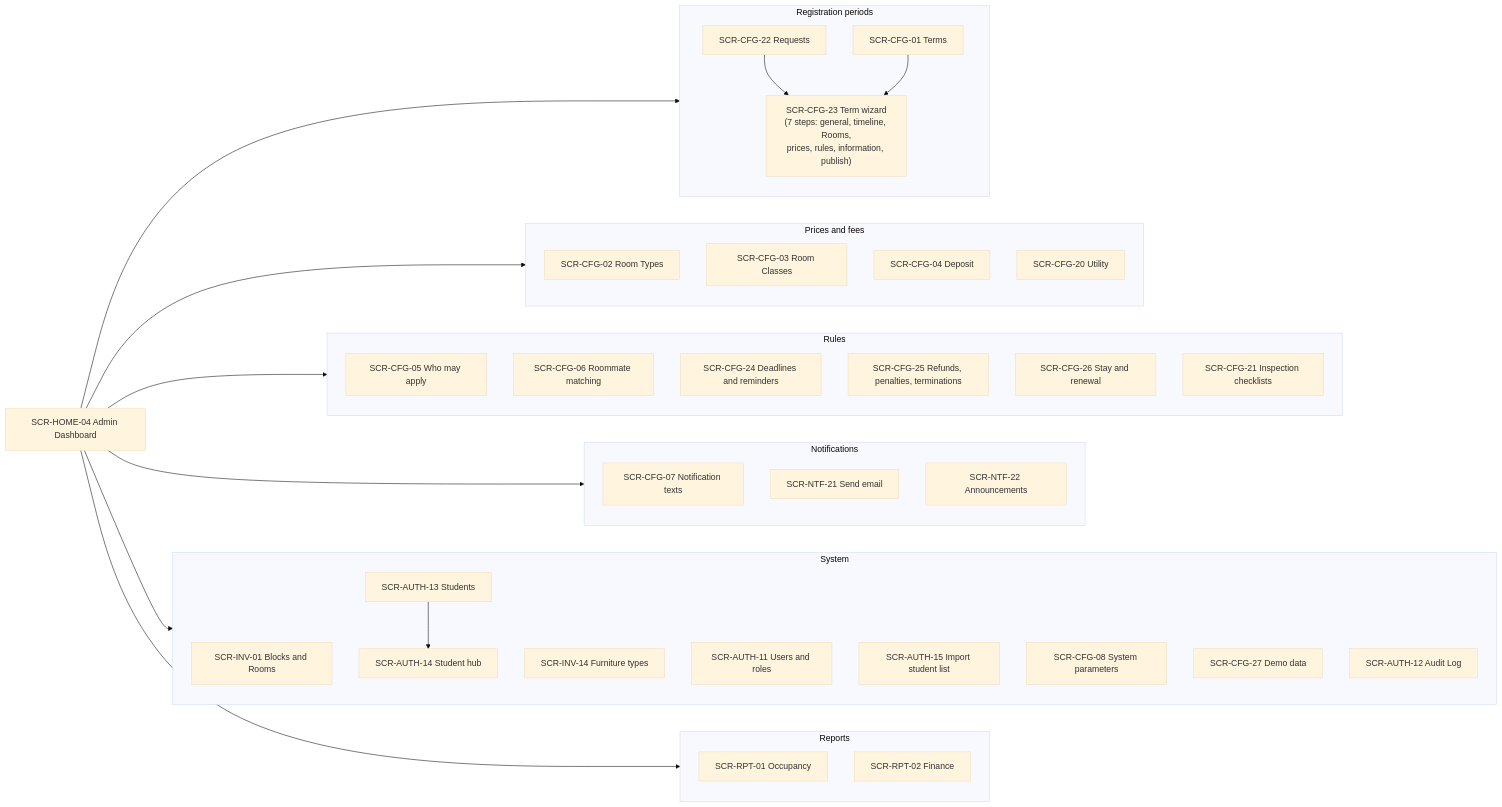
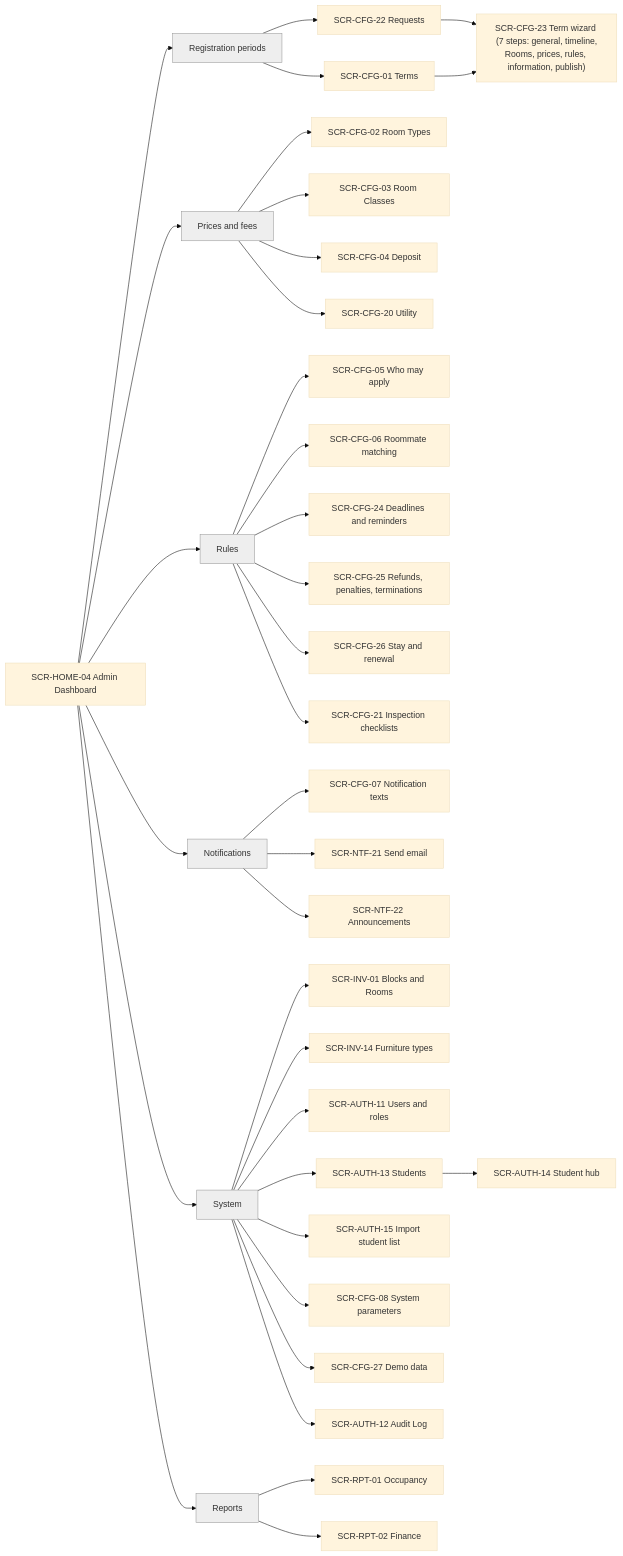
Before and after one commit to tisou47/CampusStay-FPT: the diagram in docs/diagrams/screens-admin.mmd, drawn with Mermaid (base theme). The commit also changed 149 other files, not shown here.

First line of the commit message:
docs: Review 2 documents (Reports 1–5, Design Brief, registration form 2.0, test workbooks)

```diff
--- a/docs/diagrams/screens-admin.mmd
+++ b/docs/diagrams/screens-admin.mmd
@@ -1,41 +1,35 @@
-%% Screen flow: Administrator
+%% Screen flow: Administrator. Grey boxes are menu groups.
 flowchart LR
   dash["SCR-HOME-04 Admin Dashboard"]
-  subgraph RP["Registration periods"]
-    treq["SCR-CFG-22 Requests"] --> wiz["SCR-CFG-23 Term wizard<br/>(7 steps: general, timeline, Rooms,<br/>prices, rules, information, publish)"]
-    terms["SCR-CFG-01 Terms"] --> wiz
-  end
-  subgraph PF["Prices and fees"]
-    rt["SCR-CFG-02 Room Types"]
-    rc["SCR-CFG-03 Room Classes"]
-    dep["SCR-CFG-04 Deposit"]
-    utl["SCR-CFG-20 Utility"]
-  end
-  subgraph RU["Rules"]
-    el["SCR-CFG-05 Who may apply"]
-    mt["SCR-CFG-06 Roommate matching"]
-    dl["SCR-CFG-24 Deadlines and reminders"]
-    rf["SCR-CFG-25 Refunds, penalties, terminations"]
-    st["SCR-CFG-26 Stay and renewal"]
-    cl["SCR-CFG-21 Inspection checklists"]
-  end
-  subgraph NT["Notifications"]
-    tpl["SCR-CFG-07 Notification texts"]
-    mail["SCR-NTF-21 Send email"]
-    ann["SCR-NTF-22 Announcements"]
-  end
-  subgraph SY["System"]
-    bld["SCR-INV-01 Blocks and Rooms"]
-    ft["SCR-INV-14 Furniture types"]
-    usr["SCR-AUTH-11 Users and roles"]
-    stu["SCR-AUTH-13 Students"] --> hub["SCR-AUTH-14 Student hub"]
-    imp["SCR-AUTH-15 Import student list"]
-    par["SCR-CFG-08 System parameters"]
-    demo["SCR-CFG-27 Demo data"]
-    aud["SCR-AUTH-12 Audit Log"]
-  end
-  subgraph RE["Reports"]
-    occ["SCR-RPT-01 Occupancy"]
-    fin["SCR-RPT-02 Finance"]
-  end
-  dash --> RP & PF & RU & NT & SY & RE
+  dash --> RP[Registration periods]:::grp
+  dash --> PF[Prices and fees]:::grp
+  dash --> RU[Rules]:::grp
+  dash --> NT[Notifications]:::grp
+  dash --> SY[System]:::grp
+  dash --> RE[Reports]:::grp
+  RP --> treq["SCR-CFG-22 Requests"] --> wiz["SCR-CFG-23 Term wizard (7 steps: general, timeline,<br/>Rooms, prices, rules, information, publish)"]
+  RP --> terms["SCR-CFG-01 Terms"] --> wiz
+  PF --> rt["SCR-CFG-02 Room Types"]
+  PF --> rc["SCR-CFG-03 Room Classes"]
+  PF --> dep["SCR-CFG-04 Deposit"]
+  PF --> utl["SCR-CFG-20 Utility"]
+  RU --> el["SCR-CFG-05 Who may apply"]
+  RU --> mt["SCR-CFG-06 Roommate matching"]
+  RU --> dl["SCR-CFG-24 Deadlines and reminders"]
+  RU --> rf["SCR-CFG-25 Refunds, penalties, terminations"]
+  RU --> st["SCR-CFG-26 Stay and renewal"]
+  RU --> cl["SCR-CFG-21 Inspection checklists"]
+  NT --> tpl["SCR-CFG-07 Notification texts"]
+  NT --> mail["SCR-NTF-21 Send email"]
+  NT --> ann["SCR-NTF-22 Announcements"]
+  SY --> bld["SCR-INV-01 Blocks and Rooms"]
+  SY --> ft["SCR-INV-14 Furniture types"]
+  SY --> usr["SCR-AUTH-11 Users and roles"]
+  SY --> stu["SCR-AUTH-13 Students"] --> hub["SCR-AUTH-14 Student hub"]
+  SY --> imp["SCR-AUTH-15 Import student list"]
+  SY --> par["SCR-CFG-08 System parameters"]
+  SY --> demo["SCR-CFG-27 Demo data"]
+  SY --> aud["SCR-AUTH-12 Audit Log"]
+  RE --> occ["SCR-RPT-01 Occupancy"]
+  RE --> fin["SCR-RPT-02 Finance"]
+  classDef grp fill:#eeeeee,stroke:#999999
```
